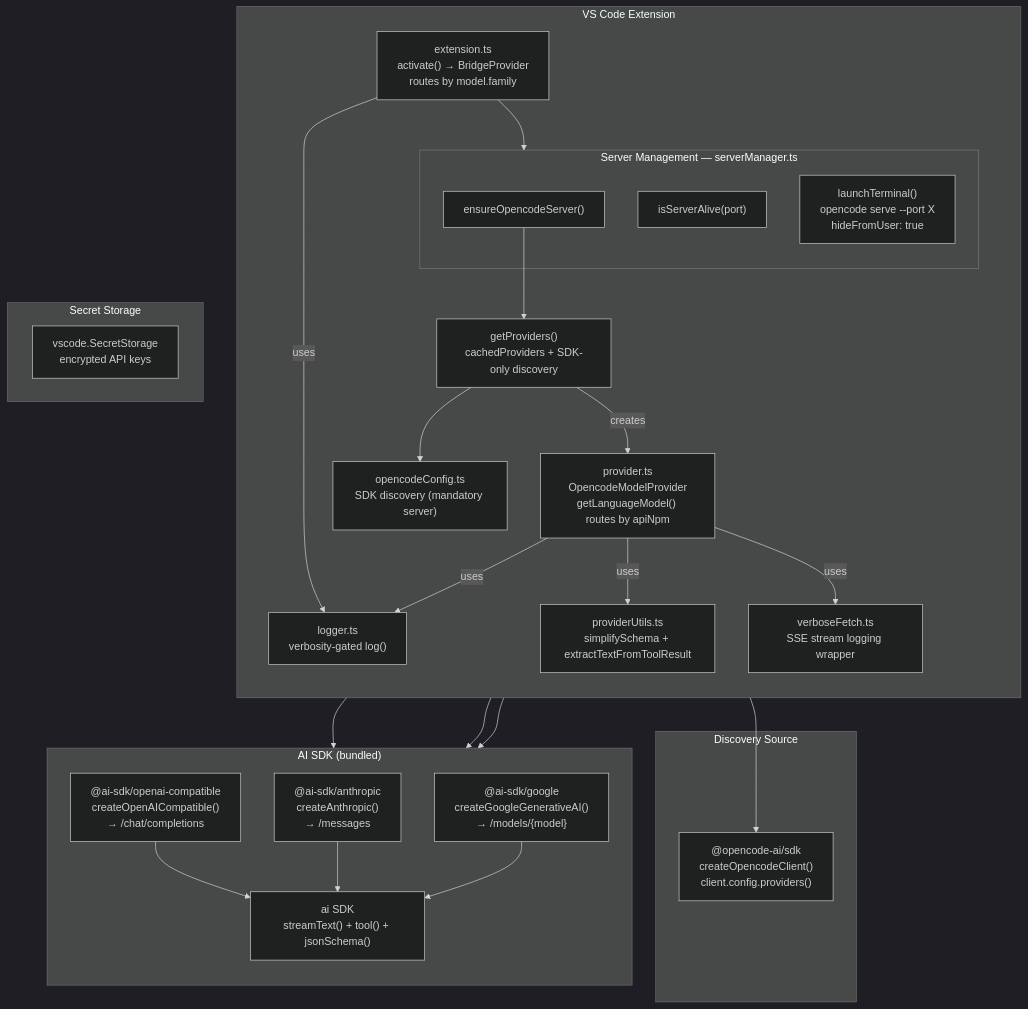
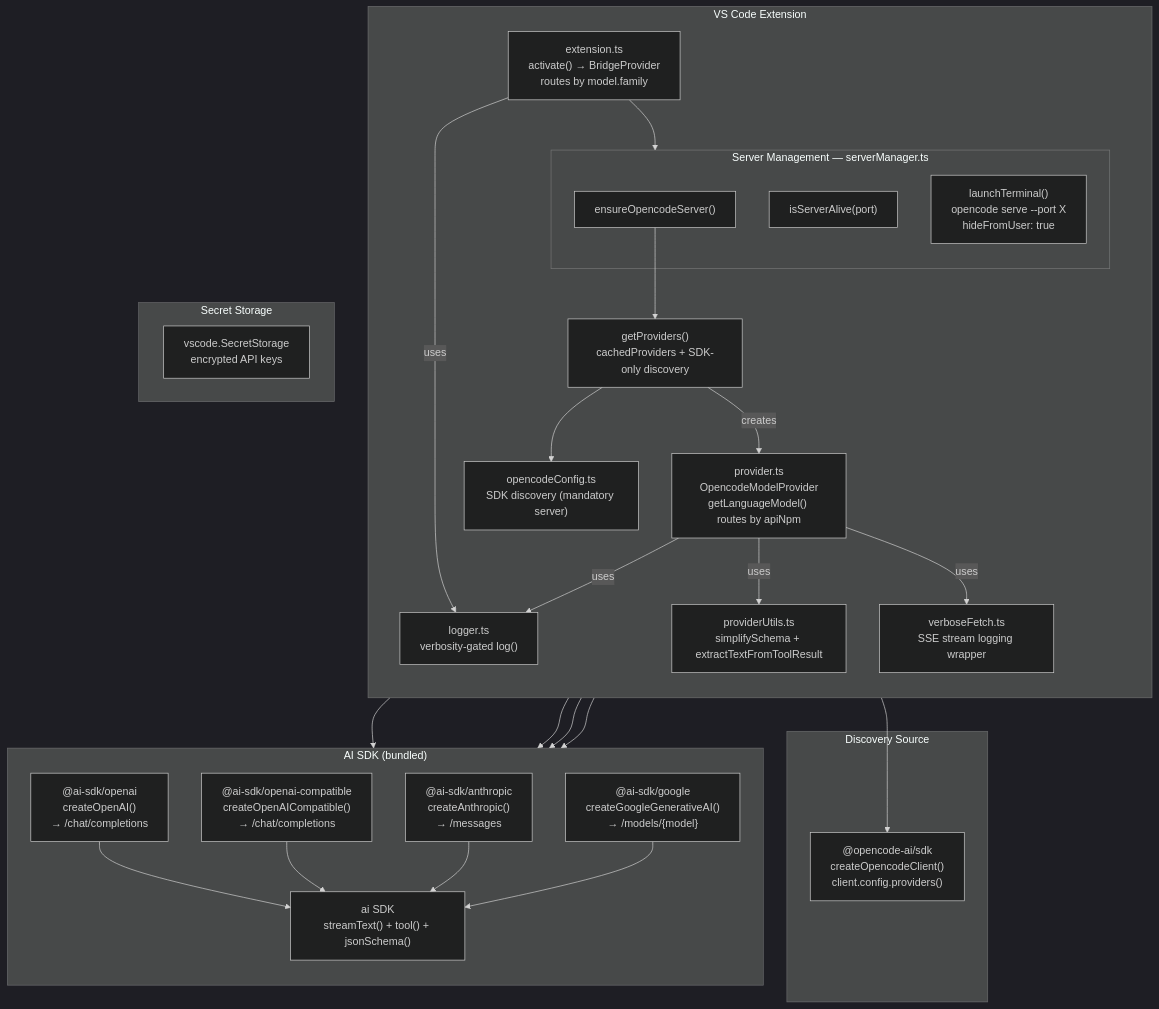
The first of 2 diagrams in ARCHITECTURE.md (ankurmay1988/opencode-provider-bridge), drawn with Mermaid (dark theme) before and after one commit. The commit also changed other lines of this file and 8 other files, not shown here.

````diff
--- a/ARCHITECTURE.md
+++ b/ARCHITECTURE.md
@@ -7,53 +7,56 @@
 ```mermaid
 flowchart TB
     subgraph VSCode["VS Code Extension"]
         direction TB
         ext["extension.ts<br/>activate() → BridgeProvider<br/>routes by model.family"]
 
         subgraph ServerMgmt["Server Management — serverManager.ts"]
             ensure["ensureOpencodeServer()"]
             alive["isServerAlive(port)"]
             launch["launchTerminal()<br/>opencode serve --port X<br/>hideFromUser: true"]
         end
 
         cache["getProviders()<br/>cachedProviders + SDK-only discovery"]
         config["opencodeConfig.ts<br/>SDK discovery (mandatory server)"]
         prov["provider.ts<br/>OpencodeModelProvider<br/>getLanguageModel() routes by apiNpm"]
         utils["providerUtils.ts<br/>simplifySchema + extractTextFromToolResult"]
         verbose["verboseFetch.ts<br/>SSE stream logging wrapper"]
         logger["logger.ts<br/>verbosity-gated log()"]
 
         ext --> ServerMgmt
         ensure --> cache
         cache --> config
         cache --creates--> prov
         ext --uses--> logger
         prov --uses--> logger
         prov --uses--> utils
         prov --uses--> verbose
     end
 
     subgraph Discovery["Discovery Source"]
         sdk["@opencode-ai/sdk<br/>createOpencodeClient()<br/>client.config.providers()"]
     end
 
     subgraph Execution["AI SDK (bundled)"]
         direction TB
-        oai["@ai-sdk/openai-compatible<br/>createOpenAICompatible()<br/>→ /chat/completions"]
+        oai["@ai-sdk/openai<br/>createOpenAI()<br/>→ /chat/completions"]
+        oaic["@ai-sdk/openai-compatible<br/>createOpenAICompatible()<br/>→ /chat/completions"]
         anth["@ai-sdk/anthropic<br/>createAnthropic()<br/>→ /messages"]
         google["@ai-sdk/google<br/>createGoogleGenerativeAI()<br/>→ /models/{model}"]
         ai["ai SDK<br/>streamText() + tool() + jsonSchema()"]
     end
 
     subgraph Secrets["Secret Storage"]
         ss["vscode.SecretStorage<br/>encrypted API keys"]
     end
 
     config --> sdk
     prov --> oai
+    prov --> oaic
     prov --> anth
     prov --> google
     oai --> ai
+    oaic --> ai
     anth --> ai
     google --> ai
 ```
````
